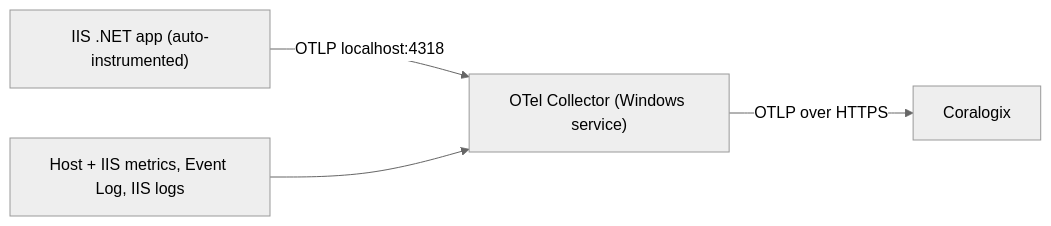
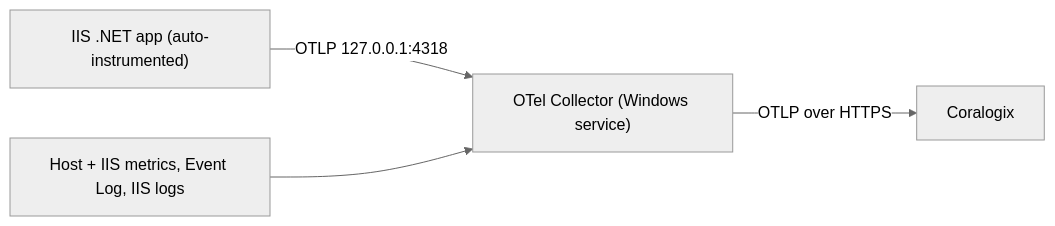
One commit to RomaLoginovskiy/otel_mass_deployment_windows changed the diagram in README.md. Above: the diagram before and after it, drawn with Mermaid (neutral theme). The commit also changed 18 other files, not shown here.

````diff
--- a/README.md
+++ b/README.md
@@ -13,6 +13,6 @@
 ```mermaid
 flowchart LR
-  A["IIS .NET app (auto-instrumented)"] -->|OTLP localhost:4318| C["OTel Collector (Windows service)"]
+  A["IIS .NET app (auto-instrumented)"] -->|OTLP 127.0.0.1:4318| C["OTel Collector (Windows service)"]
   H["Host + IIS metrics, Event Log, IIS logs"] --> C
   C -->|OTLP over HTTPS| X["Coralogix"]
 ```
````
